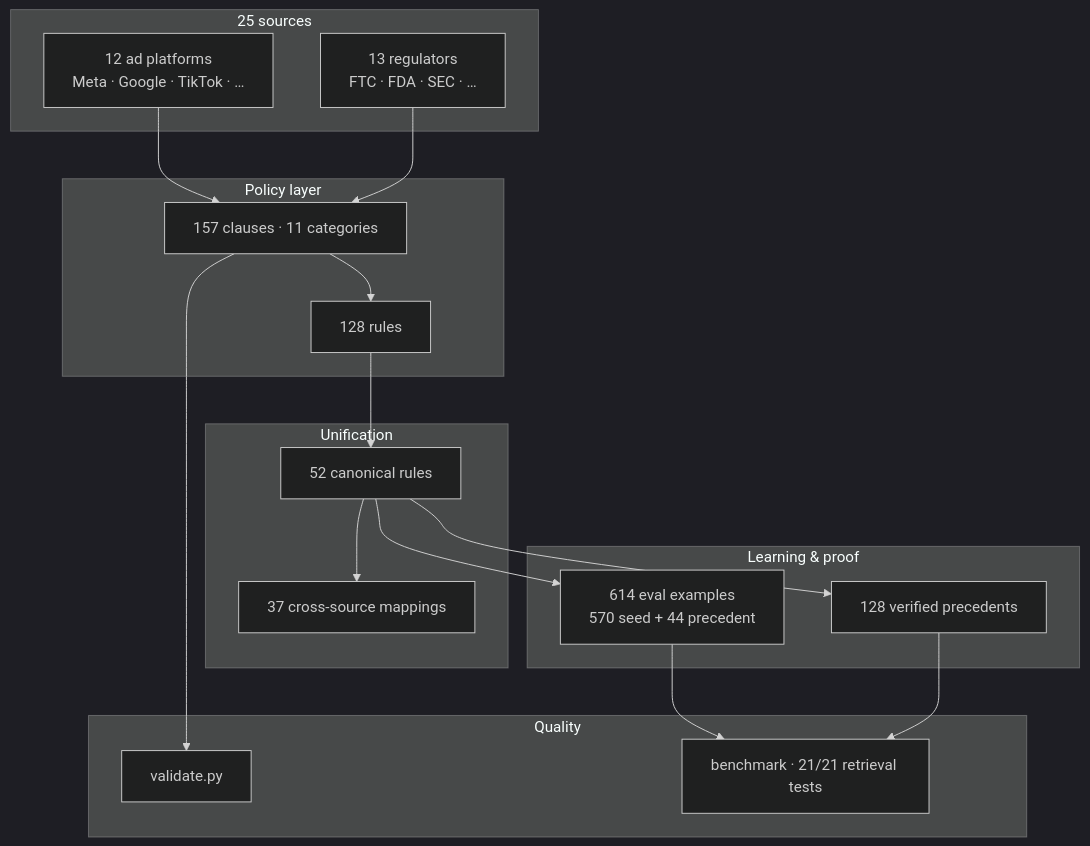
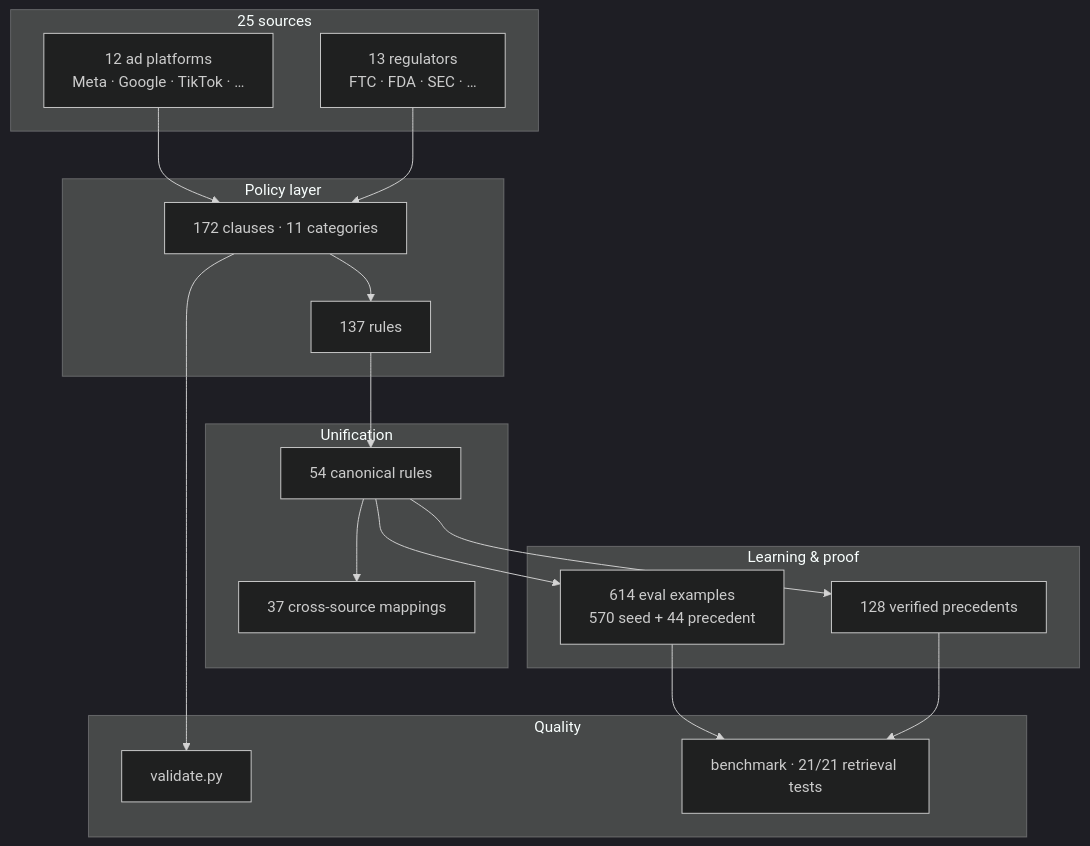
One commit to gramticsportal/zetaone changed the diagram in ontology/README.md. Above: the diagram before and after it, drawn with Mermaid (dark theme). The commit also changed other lines of this file and 52 other files, not shown here.

````diff
--- a/ontology/README.md
+++ b/ontology/README.md
@@ -13,37 +13,37 @@
 ```mermaid
 flowchart TB
   subgraph sources["25 sources"]
     P["12 ad platforms<br/>Meta · Google · TikTok · …"]
     R["13 regulators<br/>FTC · FDA · SEC · …"]
   end
 
   subgraph policy["Policy layer"]
-    C["157 clauses · 11 categories"]
-    Ru["128 rules"]
+    C["172 clauses · 11 categories"]
+    Ru["137 rules"]
   end
 
   subgraph unify["Unification"]
-    CR["52 canonical rules"]
+    CR["54 canonical rules"]
     M["37 cross-source mappings"]
   end
 
   subgraph learn["Learning & proof"]
     E["614 eval examples<br/>570 seed + 44 precedent"]
     PR["128 verified precedents"]
   end
 
   subgraph check["Quality"]
     V["validate.py"]
     B["benchmark · 21/21 retrieval tests"]
   end
 
   P --> C
   R --> C
   C --> Ru --> CR
   CR --> M
   CR --> E
   CR --> PR
   C --> V
   E --> B
   PR --> B
 ```
````
